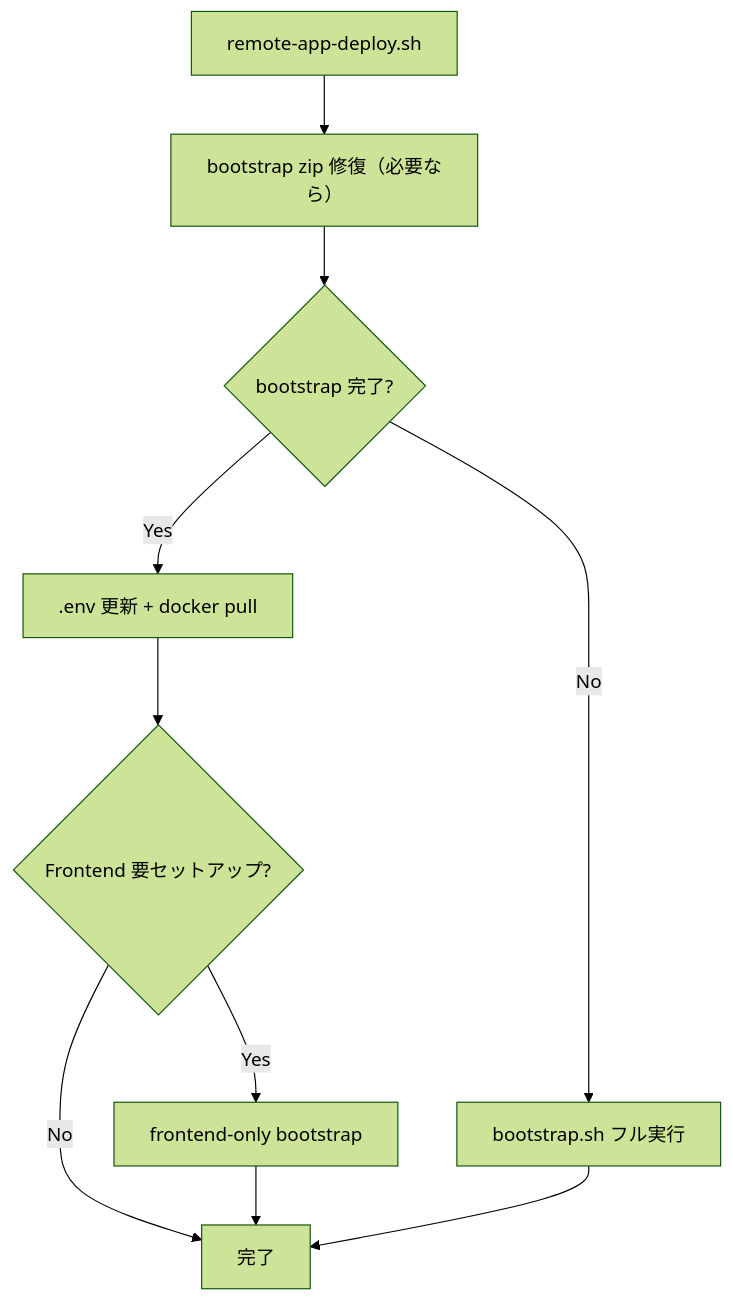
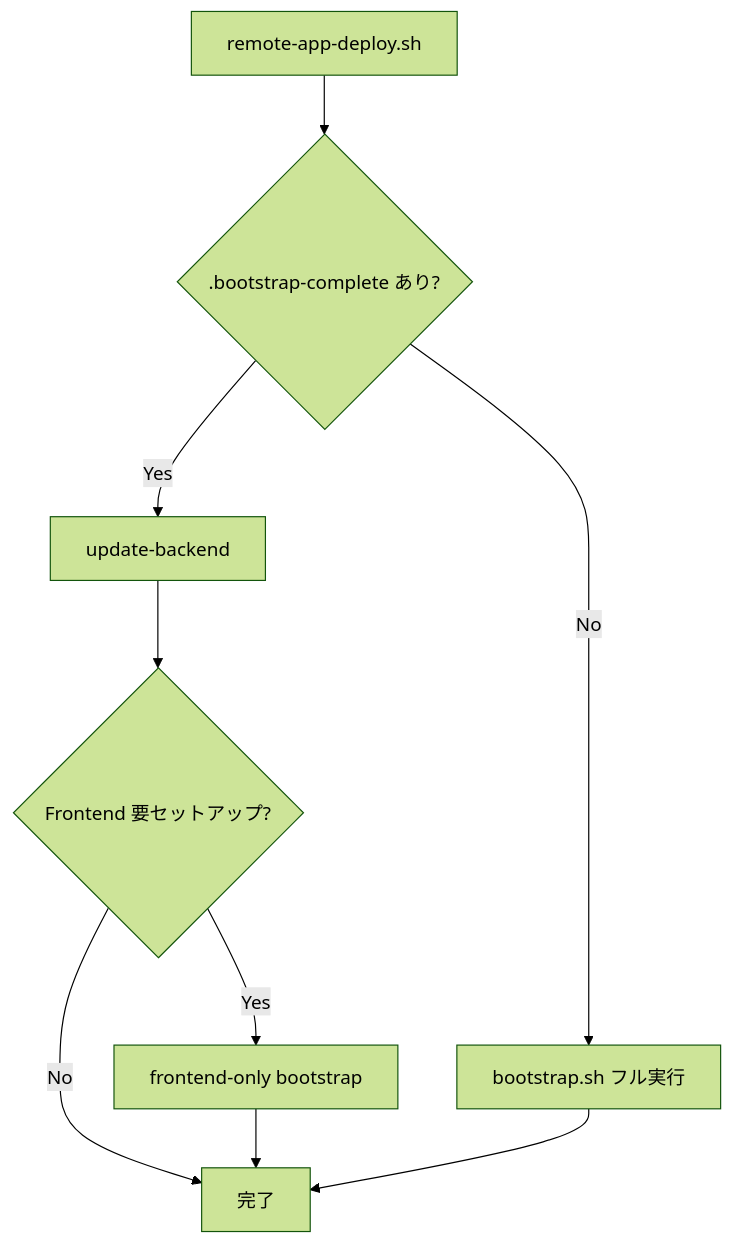
The third of 3 diagrams in docs/infrastructure/AWS/04-ec2-bootstrap.md (DRS22DownForce/SmartHouseholdAccountBook), drawn with Mermaid (forest theme) before and after one commit. The commit also changed other lines of this file and 6 other files, not shown here.

````diff
--- a/docs/infrastructure/AWS/04-ec2-bootstrap.md
+++ b/docs/infrastructure/AWS/04-ec2-bootstrap.md
@@ -233,18 +234,17 @@
 ```mermaid
 flowchart TD
     Start["remote-app-deploy.sh"]
-    DL["bootstrap zip 修復（必要なら）"]
-    Check{"bootstrap 完了?"}
+    Check{".bootstrap-complete あり?"}
     Full["bootstrap.sh フル実行"]
-    Refresh[".env 更新 + docker pull"]
+    Update["update-backend"]
     FE{"Frontend 要セットアップ?"}
     FEOnly["frontend-only bootstrap"]
 
-    Start --> DL --> Check
+    Start --> Check
     Check -->|No| Full
-    Check -->|Yes| Refresh --> FE
+    Check -->|Yes| Update --> FE
     FE -->|Yes| FEOnly
     FE -->|No| Done["完了"]
     FEOnly --> Done
     Full --> Done
 ```
````
